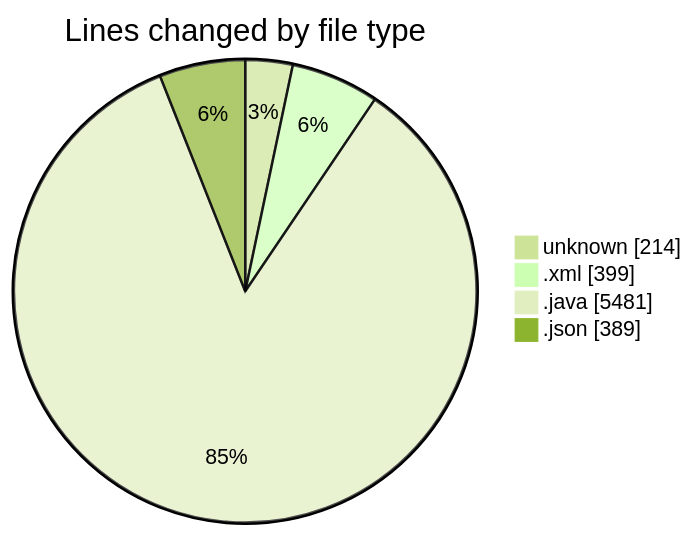
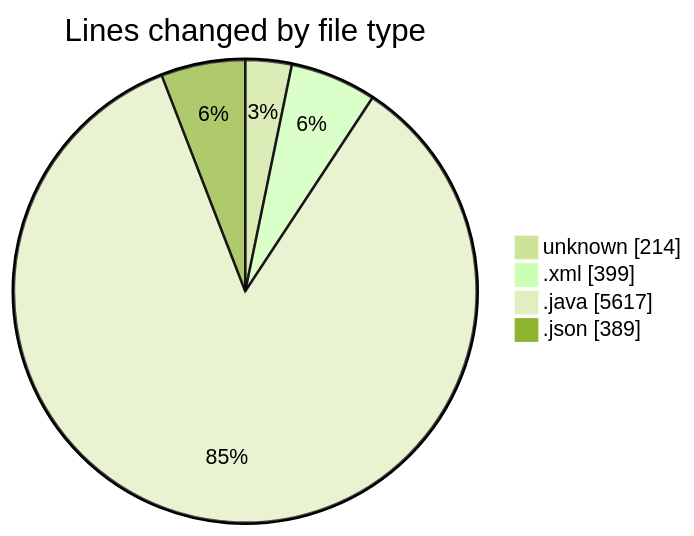
The first of 2 diagrams in 2025-02-24/micros/README.md (charlie-sans/code-tracking), drawn with Mermaid (forest theme) before and after one commit. The commit also changed other lines of this file and 1 other file, not shown here.

````diff
--- a/2025-02-24/micros/README.md
+++ b/2025-02-24/micros/README.md
@@ -38,8 +39,8 @@
 ```mermaid
 pie showData
 title Lines changed by file type
 "unknown" : 214
 ".xml" : 399
-".java" : 5481
+".java" : 5617
 ".json" : 389
 ```
````
